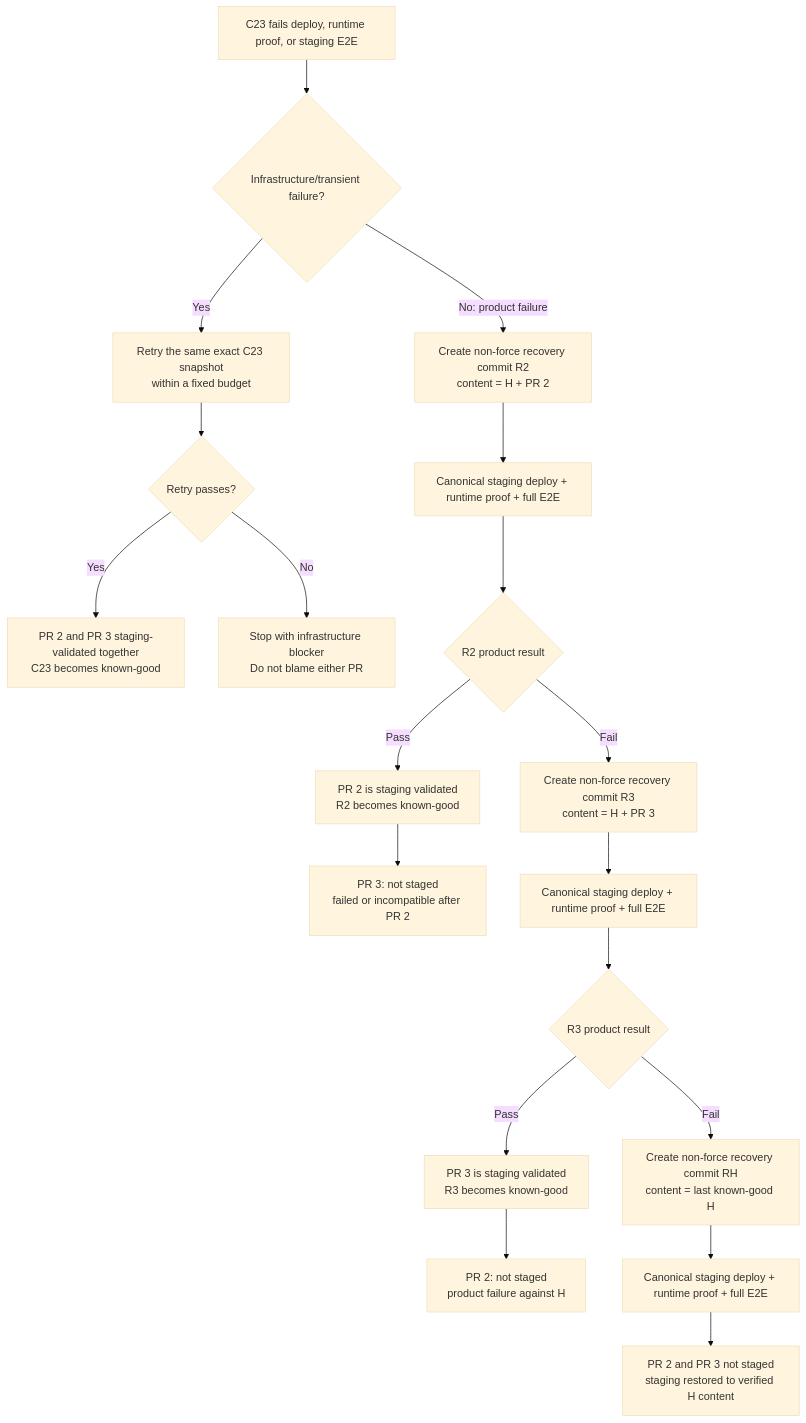
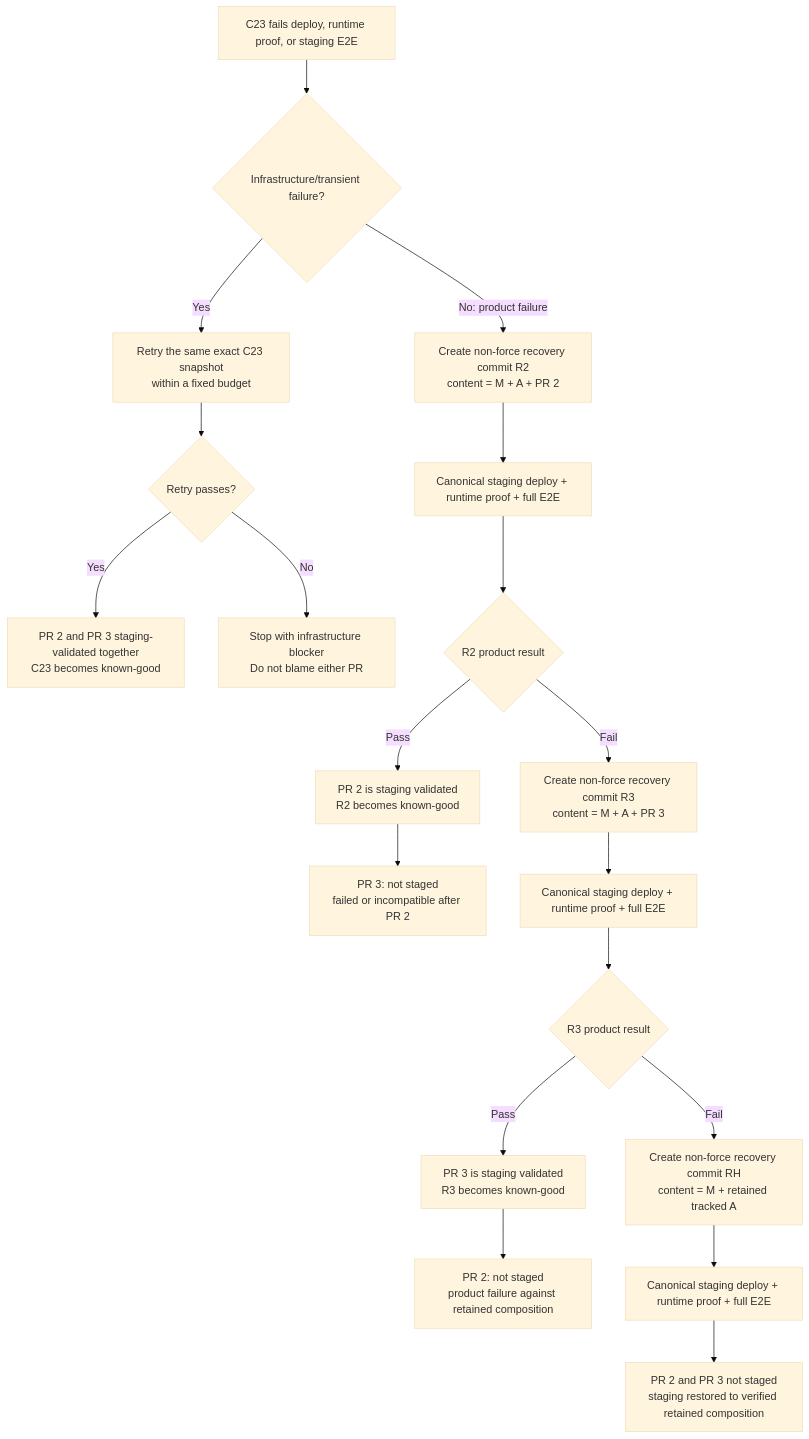
The diagram in docs/frontend/flows/03-staging-failure-reconciliation.md (6529-Collections/deploy-hub), drawn with Mermaid (base theme) before and after one commit. The commit also changed other lines of this file and 11 other files, not shown here.

````diff
--- a/docs/frontend/flows/03-staging-failure-reconciliation.md
+++ b/docs/frontend/flows/03-staging-failure-reconciliation.md
@@ -8,23 +8,23 @@
 ```mermaid
 flowchart TD
     A["C23 fails deploy, runtime proof, or staging E2E"] --> B{"Infrastructure/transient failure?"}
     B -- "Yes" --> C["Retry the same exact C23 snapshot<br/>within a fixed budget"]
     C --> D{"Retry passes?"}
     D -- "Yes" --> D1["PR 2 and PR 3 staging-validated together<br/>C23 becomes known-good"]
     D -- "No" --> D2["Stop with infrastructure blocker<br/>Do not blame either PR"]
 
-    B -- "No: product failure" --> E["Create non-force recovery commit R2<br/>content = H + PR 2"]
+    B -- "No: product failure" --> E["Create non-force recovery commit R2<br/>content = M + A + PR 2"]
     E --> F["Canonical staging deploy + runtime proof + full E2E"]
     F --> G{"R2 product result"}
     G -- "Pass" --> H["PR 2 is staging validated<br/>R2 becomes known-good"]
     H --> H1["PR 3: not staged<br/>failed or incompatible after PR 2"]
 
-    G -- "Fail" --> I["Create non-force recovery commit R3<br/>content = H + PR 3"]
+    G -- "Fail" --> I["Create non-force recovery commit R3<br/>content = M + A + PR 3"]
     I --> J["Canonical staging deploy + runtime proof + full E2E"]
     J --> K{"R3 product result"}
     K -- "Pass" --> L["PR 3 is staging validated<br/>R3 becomes known-good"]
-    L --> L1["PR 2: not staged<br/>product failure against H"]
-    K -- "Fail" --> M["Create non-force recovery commit RH<br/>content = last known-good H"]
+    L --> L1["PR 2: not staged<br/>product failure against retained composition"]
+    K -- "Fail" --> M["Create non-force recovery commit RH<br/>content = M + retained tracked A"]
     M --> N["Canonical staging deploy + runtime proof + full E2E"]
-    N --> O["PR 2 and PR 3 not staged<br/>staging restored to verified H content"]
+    N --> O["PR 2 and PR 3 not staged<br/>staging restored to verified retained composition"]
 ```
````
